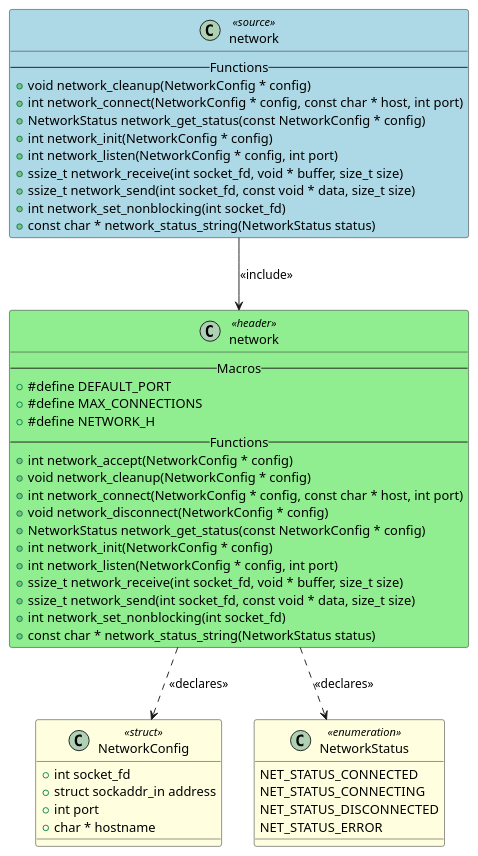
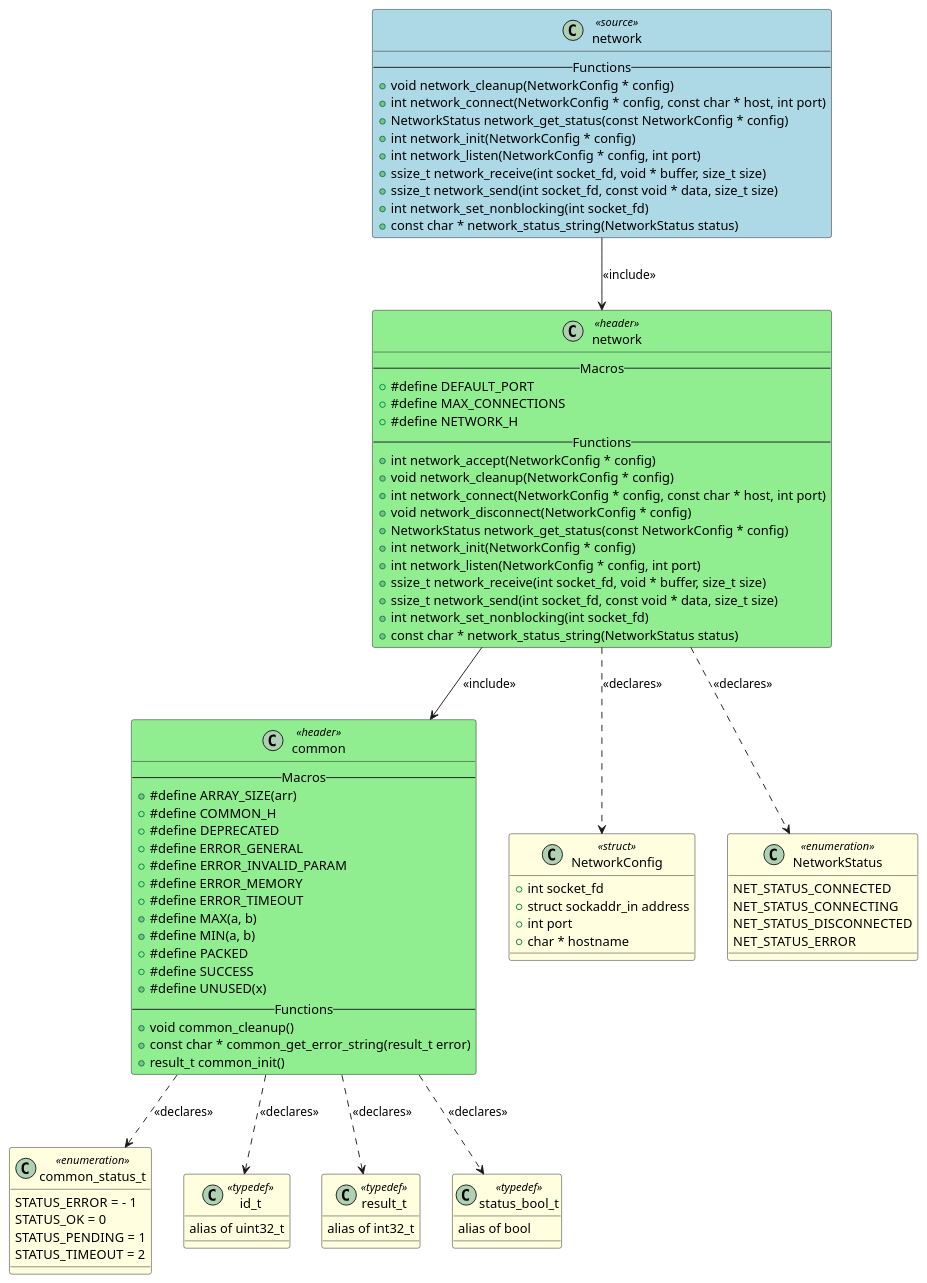
Before and after one commit to fischerjooo/c2puml: the diagram in artifacts/output_example/network.puml, drawn with PlantUML. The commit also changed 18 other files, not shown here.

Commit message:
Add common, database, and network header support for multiple databases

```diff
--- a/artifacts/output_example/network.puml
+++ b/artifacts/output_example/network.puml
@@ -1,63 +1,112 @@
 @startuml network
 
 class "network" as NETWORK <<source>> #LightBlue
 {
     -- Functions --
     + void network_cleanup(NetworkConfig * config)
     + int network_connect(NetworkConfig * config, const char * host, int port)
     + NetworkStatus network_get_status(const NetworkConfig * config)
     + int network_init(NetworkConfig * config)
     + int network_listen(NetworkConfig * config, int port)
     + ssize_t network_receive(int socket_fd, void * buffer, size_t size)
     + ssize_t network_send(int socket_fd, const void * data, size_t size)
     + int network_set_nonblocking(int socket_fd)
     + const char * network_status_string(NetworkStatus status)
+}
+
+class "common" as HEADER_COMMON <<header>> #LightGreen
+{
+    -- Macros --
+    + #define ARRAY_SIZE(arr)
+    + #define COMMON_H
+    + #define DEPRECATED
+    + #define ERROR_GENERAL
+    + #define ERROR_INVALID_PARAM
+    + #define ERROR_MEMORY
+    + #define ERROR_TIMEOUT
+    + #define MAX(a, b)
+    + #define MIN(a, b)
+    + #define PACKED
+    + #define SUCCESS
+    + #define UNUSED(x)
+    -- Functions --
+    + void common_cleanup()
+    + const char * common_get_error_string(result_t error)
+    + result_t common_init()
 }
 
 class "network" as HEADER_NETWORK <<header>> #LightGreen
 {
     -- Macros --
     + #define DEFAULT_PORT
     + #define MAX_CONNECTIONS
     + #define NETWORK_H
     -- Functions --
     + int network_accept(NetworkConfig * config)
     + void network_cleanup(NetworkConfig * config)
     + int network_connect(NetworkConfig * config, const char * host, int port)
     + void network_disconnect(NetworkConfig * config)
     + NetworkStatus network_get_status(const NetworkConfig * config)
     + int network_init(NetworkConfig * config)
     + int network_listen(NetworkConfig * config, int port)
     + ssize_t network_receive(int socket_fd, void * buffer, size_t size)
     + ssize_t network_send(int socket_fd, const void * data, size_t size)
     + int network_set_nonblocking(int socket_fd)
     + const char * network_status_string(NetworkStatus status)
 }
 
+class "common_status_t" as TYPEDEF_COMMON_STATUS_T <<enumeration>> #LightYellow
+{
+    STATUS_ERROR = - 1
+    STATUS_OK = 0
+    STATUS_PENDING = 1
+    STATUS_TIMEOUT = 2
+}
+
+class "id_t" as TYPEDEF_ID_T <<typedef>> #LightYellow
+{
+    alias of uint32_t
+}
+
+class "result_t" as TYPEDEF_RESULT_T <<typedef>> #LightYellow
+{
+    alias of int32_t
+}
+
+class "status_bool_t" as TYPEDEF_STATUS_BOOL_T <<typedef>> #LightYellow
+{
+    alias of bool
+}
+
 class "NetworkConfig" as TYPEDEF_NETWORKCONFIG <<struct>> #LightYellow
 {
     + int socket_fd
     + struct sockaddr_in address
     + int port
     + char * hostname
 }
 
 class "NetworkStatus" as TYPEDEF_NETWORKSTATUS <<enumeration>> #LightYellow
 {
     NET_STATUS_CONNECTED
     NET_STATUS_CONNECTING
     NET_STATUS_DISCONNECTED
     NET_STATUS_ERROR
 }
 
 
 ' Include relationships
 NETWORK --> HEADER_NETWORK : <<include>>
+HEADER_NETWORK --> HEADER_COMMON : <<include>>
 
 ' Declaration relationships
+HEADER_COMMON ..> TYPEDEF_COMMON_STATUS_T : <<declares>>
+HEADER_COMMON ..> TYPEDEF_ID_T : <<declares>>
+HEADER_COMMON ..> TYPEDEF_RESULT_T : <<declares>>
+HEADER_COMMON ..> TYPEDEF_STATUS_BOOL_T : <<declares>>
 HEADER_NETWORK ..> TYPEDEF_NETWORKCONFIG : <<declares>>
 HEADER_NETWORK ..> TYPEDEF_NETWORKSTATUS : <<declares>>
 
 ' Uses relationships
 
 @enduml
```
